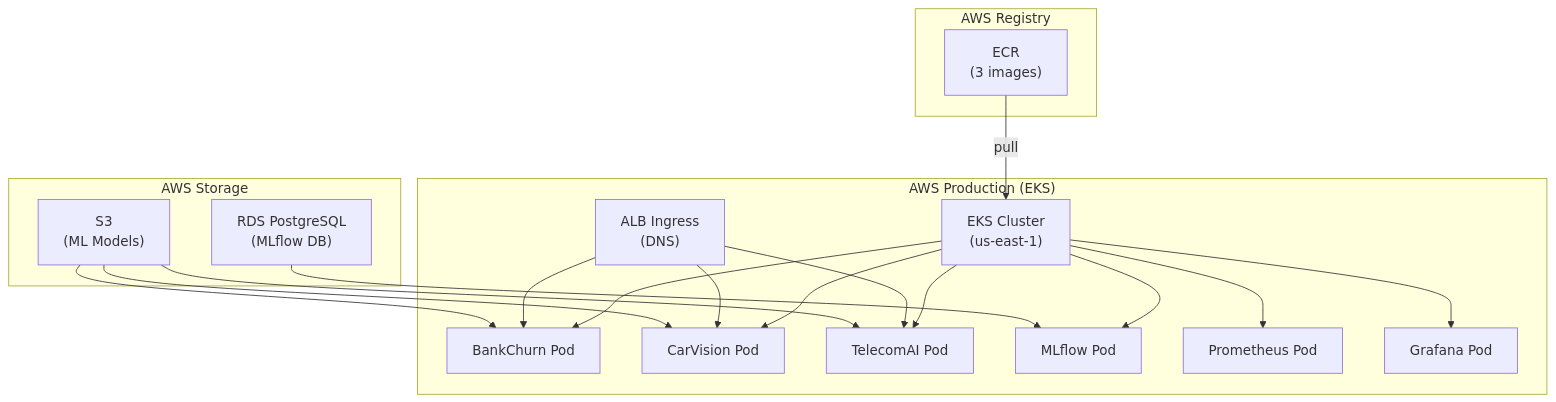
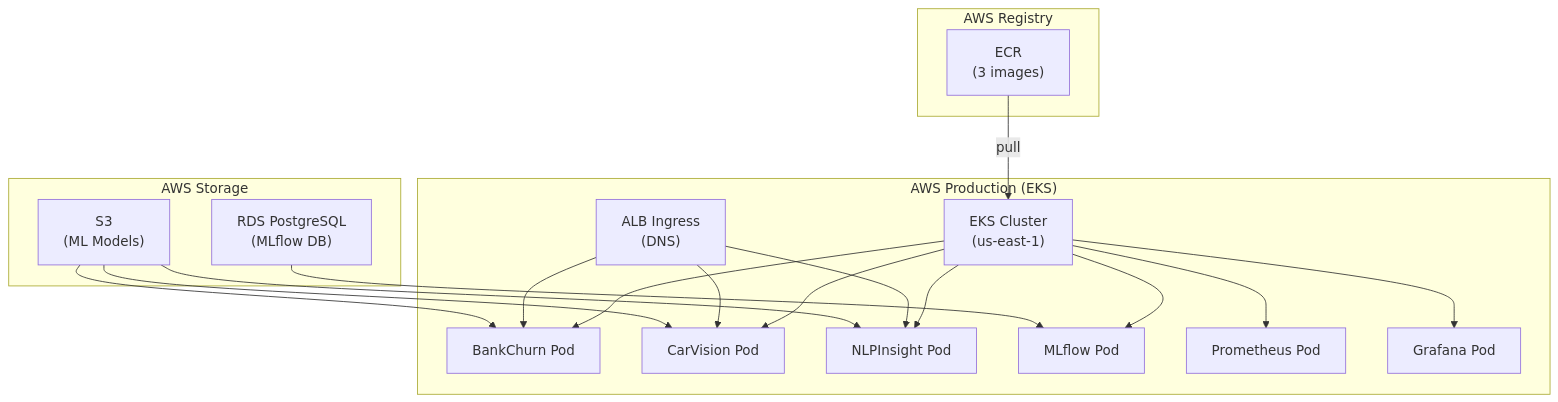
Before and after one commit to DuqueOM/ML-MLOps-Portfolio: the sixth of 6 diagrams in docs/architecture/overview.md, drawn with Mermaid. The commit also changed other lines of this file and 20 other files, not shown here.

First line of the commit message:
docs: rename TelecomAI → NLPInsight across all documentation

````diff
--- a/docs/architecture/overview.md
+++ b/docs/architecture/overview.md
@@ -266,37 +266,37 @@
 ```mermaid
 graph TB
     subgraph "AWS Registry"
         ECR["ECR<br/>(3 images)"]
     end
 
     subgraph "AWS Production (EKS)"
         EKS["EKS Cluster<br/>(us-east-1)"]
         BC2["BankChurn Pod"]
         CV2["CarVision Pod"]
-        TC2["TelecomAI Pod"]
+        TC2["NLPInsight Pod"]
         MLF2["MLflow Pod"]
         PROM2["Prometheus Pod"]
         GRAF2["Grafana Pod"]
         ALB["ALB Ingress<br/>(DNS)"]
     end
 
     subgraph "AWS Storage"
         S3["S3<br/>(ML Models)"]
         RDS["RDS PostgreSQL<br/>(MLflow DB)"]
     end
 
     ECR -->|pull| EKS
     EKS --> BC2
     EKS --> CV2
     EKS --> TC2
     EKS --> MLF2
     EKS --> PROM2
     EKS --> GRAF2
     ALB --> BC2
     ALB --> CV2
     ALB --> TC2
     S3 --> BC2
     S3 --> CV2
     S3 --> TC2
     RDS --> MLF2
 ```
````
